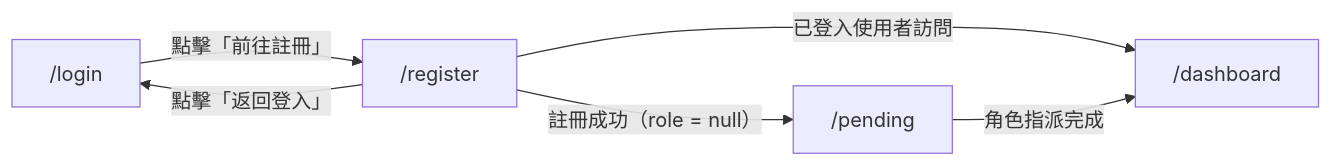
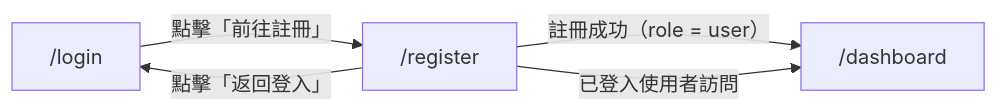
One commit to singyichen/label-suite changed the second of 2 diagrams in specs/account/003-register-email-password/spec.md. Above: the diagram before and after it, drawn with Mermaid. The commit also changed other lines of this file and 11 other files, not shown here.

First line of the commit message:
refactor: remove pending state — all registered users get user role immediately

````diff
--- a/specs/account/003-register-email-password/spec.md
+++ b/specs/account/003-register-email-password/spec.md
@@ -107,13 +106,11 @@
 ```mermaid
 flowchart LR
     login["/login"]
     register["/register"]
-    pending["/pending"]
     dashboard["/dashboard"]
 
     login    -->|"點擊「前往註冊」"| register
-    register -->|"註冊成功（role = null）"| pending
+    register -->|"註冊成功（role = user）"| dashboard
     register -->|"點擊「返回登入」"| login
     register -->|"已登入使用者訪問"| dashboard
-    pending  -->|"角色指派完成"| dashboard
 ```
````
